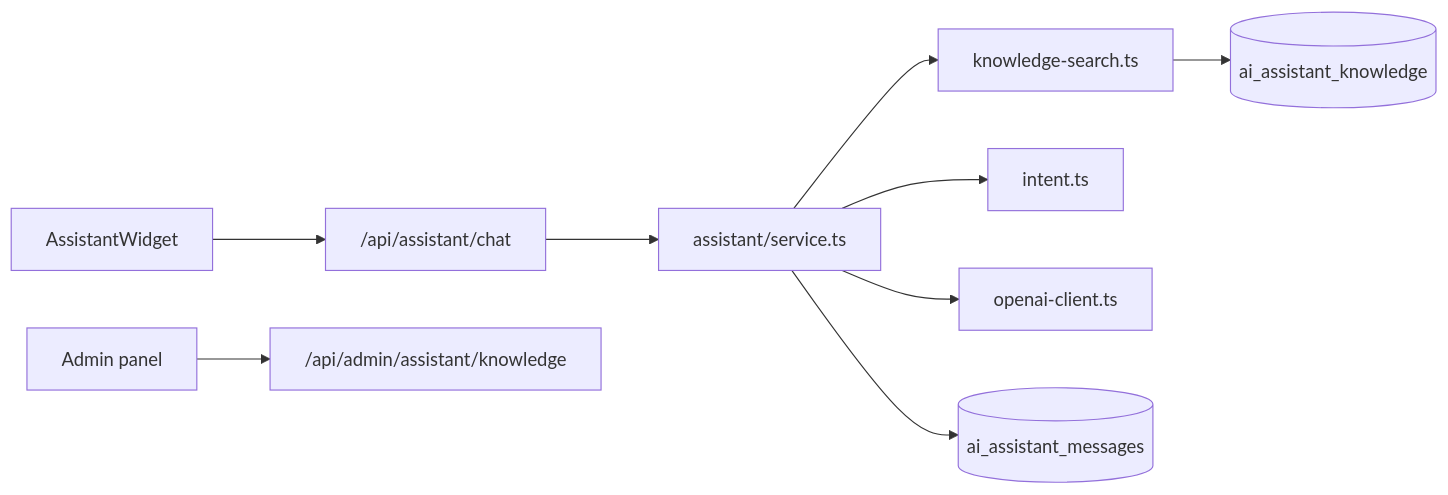
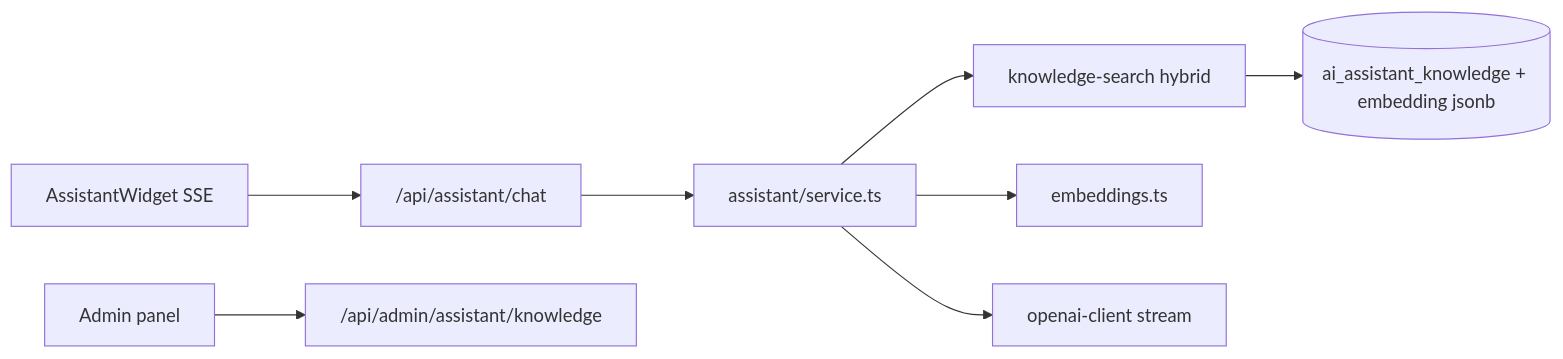
The diagram in docs/ai-assistant.md (Jeffbuleli/McBuleliP2P), drawn with Mermaid before and after one commit. The commit also changed other lines of this file and 9 other files, not shown here.

First line of the commit message:
feat(assistant): add SSE streaming replies and semantic RAG embeddings

````diff
--- a/docs/ai-assistant.md
+++ b/docs/ai-assistant.md
@@ -7,11 +7,10 @@
 ```mermaid
 flowchart LR
-  UI[AssistantWidget] --> API["/api/assistant/chat"]
+  UI[AssistantWidget SSE] --> API["/api/assistant/chat"]
   API --> SVC[assistant/service.ts]
-  SVC --> RAG[knowledge-search.ts]
-  SVC --> INT[intent.ts]
-  SVC --> OAI[openai-client.ts]
-  RAG --> DB[(ai_assistant_knowledge)]
-  SVC --> MSG[(ai_assistant_messages)]
+  SVC --> RAG[knowledge-search hybrid]
+  SVC --> EMB[embeddings.ts]
+  SVC --> OAI[openai-client stream]
+  RAG --> DB[(ai_assistant_knowledge + embedding jsonb)]
   ADMIN[Admin panel] --> KB["/api/admin/assistant/knowledge"]
 ```
````
